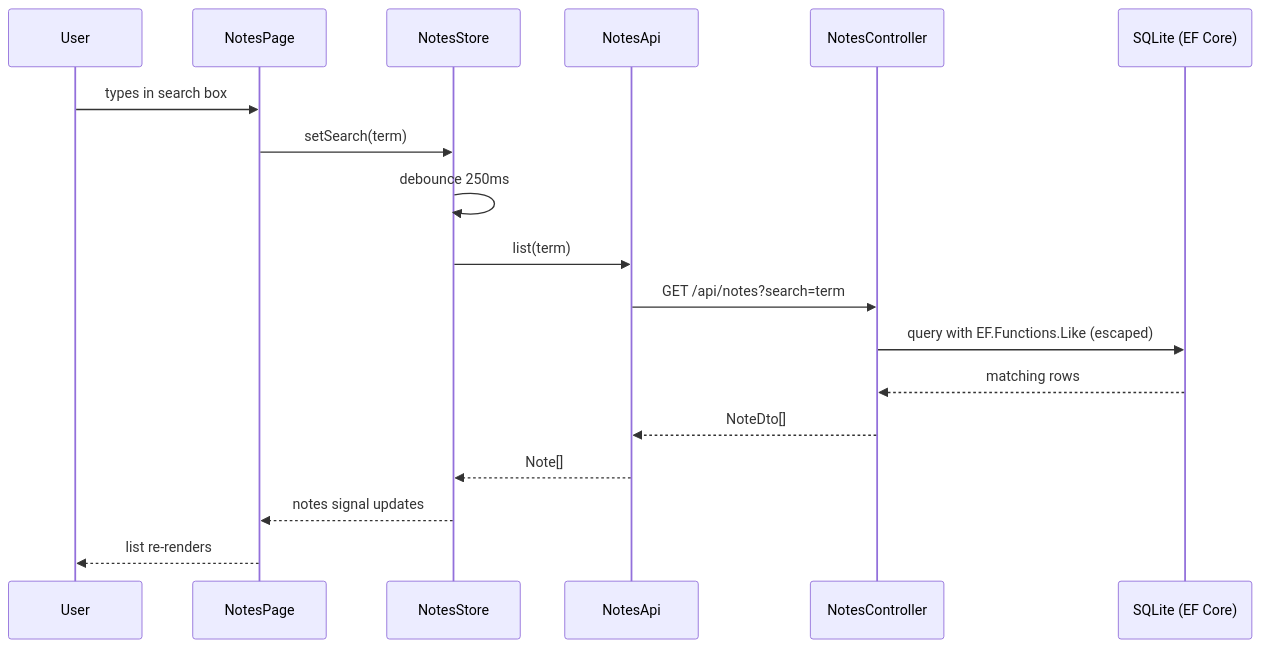
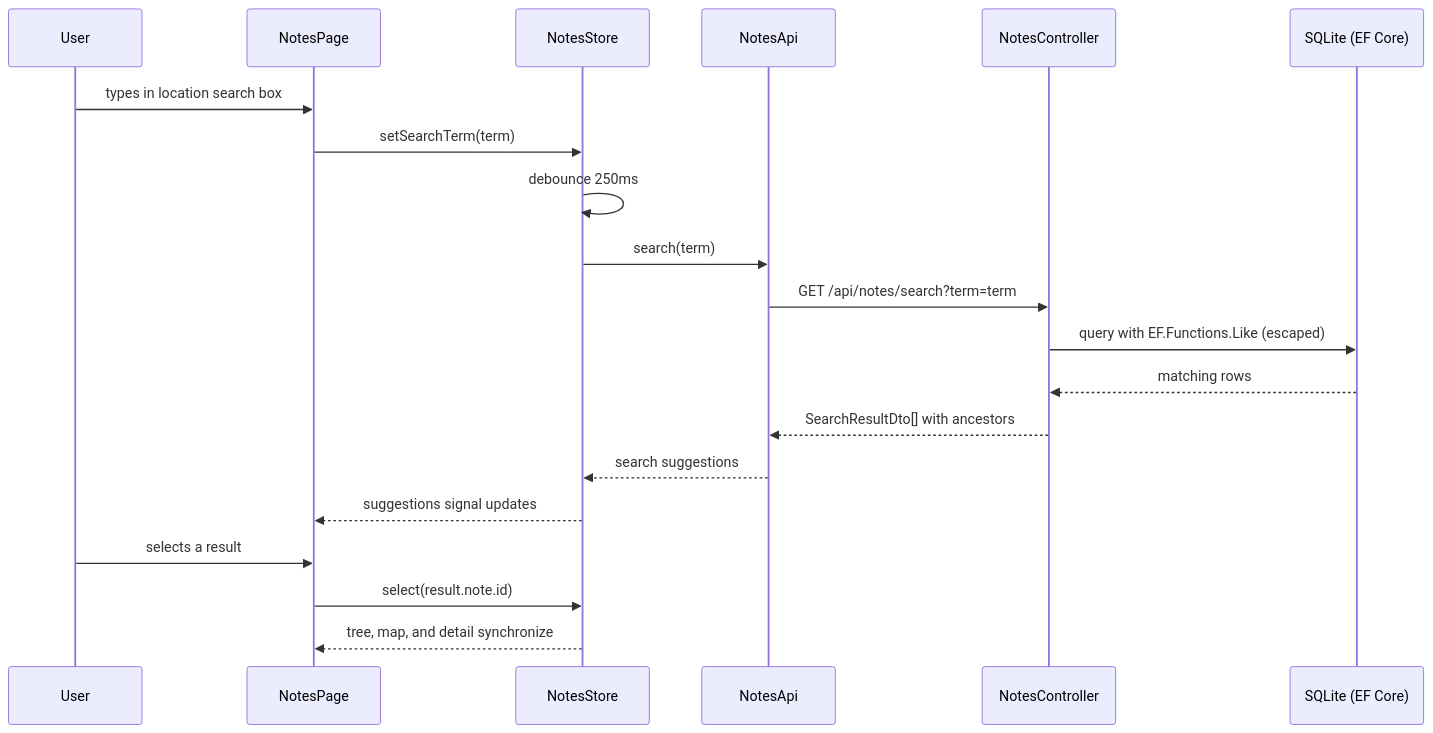
Before and after one commit to akashDelta-N/sdd-example-app: the second of 2 diagrams in docs/architecture.md, drawn with Mermaid. The commit also changed other lines of this file and 18 other files, not shown here.

````diff
--- a/docs/architecture.md
+++ b/docs/architecture.md
@@ -55,21 +55,23 @@
 ```mermaid
 sequenceDiagram
     participant U as User
     participant P as NotesPage
     participant S as NotesStore
     participant A as NotesApi
     participant C as NotesController
     participant D as SQLite (EF Core)
 
-    U->>P: types in search box
-    P->>S: setSearch(term)
+    U->>P: types in location search box
+    P->>S: setSearchTerm(term)
     S->>S: debounce 250ms
-    S->>A: list(term)
-    A->>C: GET /api/notes?search=term
+    S->>A: search(term)
+    A->>C: GET /api/notes/search?term=term
     C->>D: query with EF.Functions.Like (escaped)
     D-->>C: matching rows
-    C-->>A: NoteDto[]
-    A-->>S: Note[]
-    S-->>P: notes signal updates
-    P-->>U: list re-renders
+    C-->>A: SearchResultDto[] with ancestors
+    A-->>S: search suggestions
+    S-->>P: suggestions signal updates
+    U->>P: selects a result
+    P->>S: select(result.note.id)
+    S-->>P: tree, map, and detail synchronize
 ```
````
